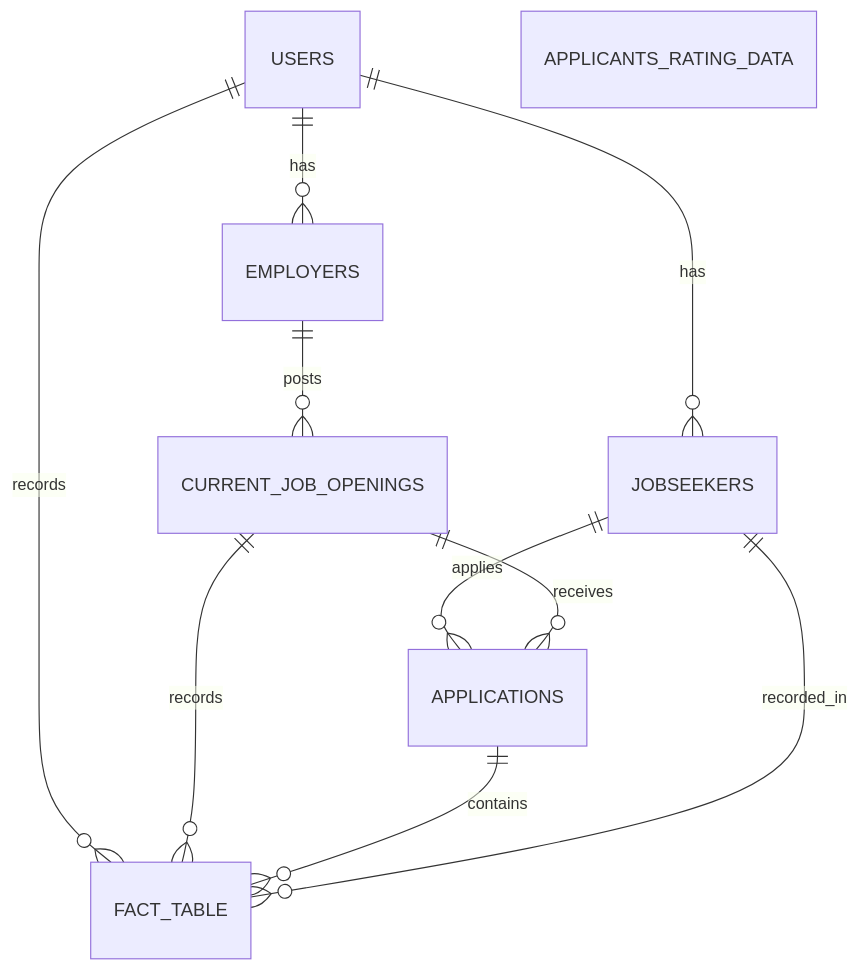
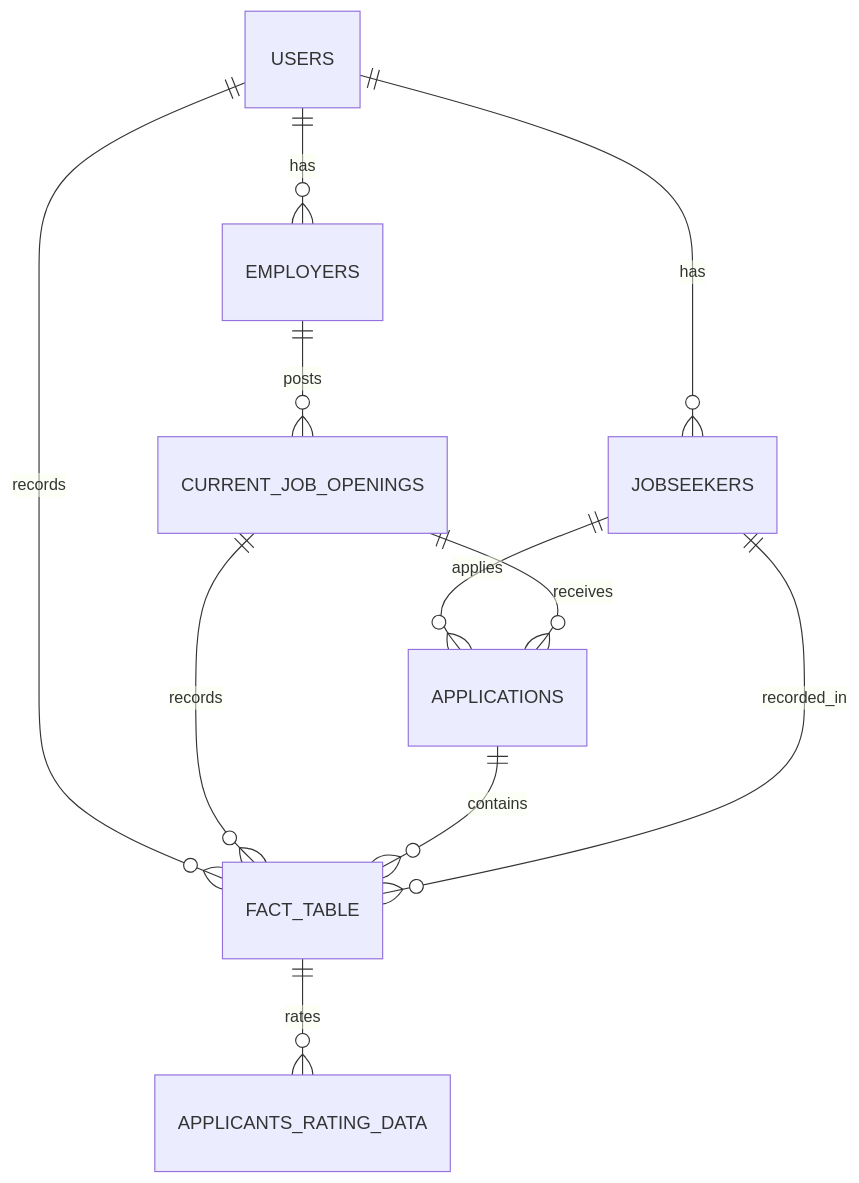
The diagram in README.md (thecloudcode/apna.ai), drawn with Mermaid before and after one commit. The commit also changed other lines of this file, not shown here.

````diff
--- a/README.md
+++ b/README.md
@@ -59,13 +60,13 @@
 ```mermaid
 erDiagram
     USERS ||--o{ EMPLOYERS : has
     USERS ||--o{ JOBSEEKERS : has
     USERS ||--o{ FACT_TABLE : records
     EMPLOYERS ||--o{ CURRENT_JOB_OPENINGS : posts
     JOBSEEKERS ||--o{ APPLICATIONS : applies
     CURRENT_JOB_OPENINGS ||--o{ APPLICATIONS : receives
     CURRENT_JOB_OPENINGS ||--o{ FACT_TABLE : records
     APPLICATIONS ||--o{ FACT_TABLE : contains
     JOBSEEKERS ||--o{ FACT_TABLE : recorded_in
-    APPLICANTS_RATING_DATA
+    FACT_TABLE ||--o{ APPLICANTS_RATING_DATA : rates
 ```
````
